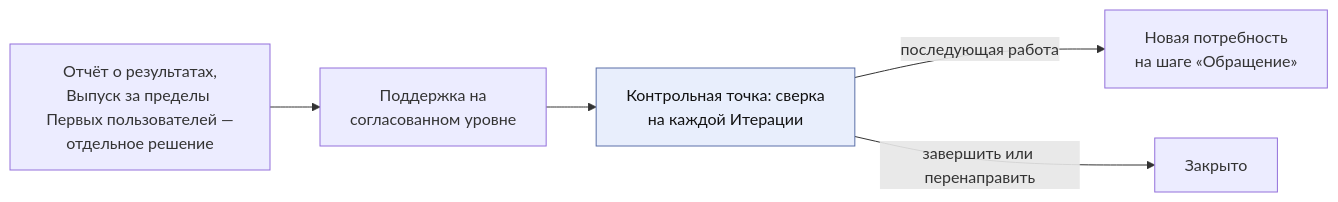
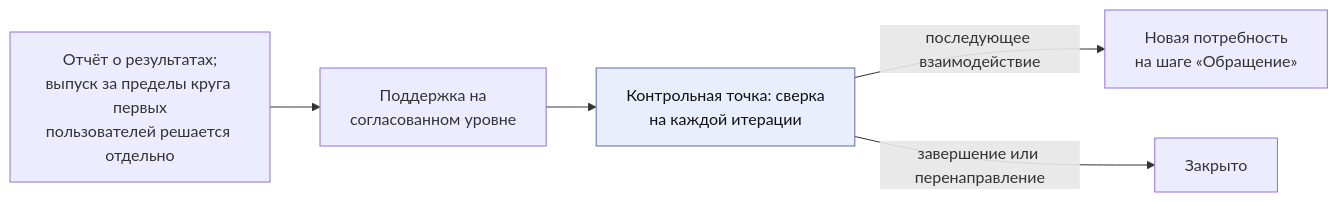
Before and after one commit to devhogu/ob-aicc: the third of 3 diagrams in charter/ru/workflows/engagement.md, drawn with Mermaid. The commit also changed other lines of this file and 7 other files, not shown here.

````diff
--- a/charter/ru/workflows/engagement.md
+++ b/charter/ru/workflows/engagement.md
@@ -54,9 +54,9 @@
 ```mermaid
 flowchart LR
-  OR["Отчёт о результатах,<br/>Выпуск за пределы Первых пользователей —<br/>отдельное решение"] --> SP["Поддержка на<br/>согласованном уровне"]
-  SP --> CK["Контрольная точка: сверка<br/>на каждой Итерации"]
-  CK -->|"последующая работа"| NX["Новая потребность<br/>на шаге «Обращение»"]
-  CK -->|"завершить или перенаправить"| CLS["Закрыто"]
+  OR["Отчёт о результатах;<br/>выпуск за пределы круга первых<br/>пользователей решается отдельно"] --> SP["Поддержка на<br/>согласованном уровне"]
+  SP --> CK["Контрольная точка: сверка<br/>на каждой итерации"]
+  CK -->|"последующее взаимодействие"| NX["Новая потребность<br/>на шаге «Обращение»"]
+  CK -->|"завершение или перенаправление"| CLS["Закрыто"]
   classDef gate fill:#e8eefc,stroke:#5a6fa8,color:#111
   class CK gate
 ```
````
